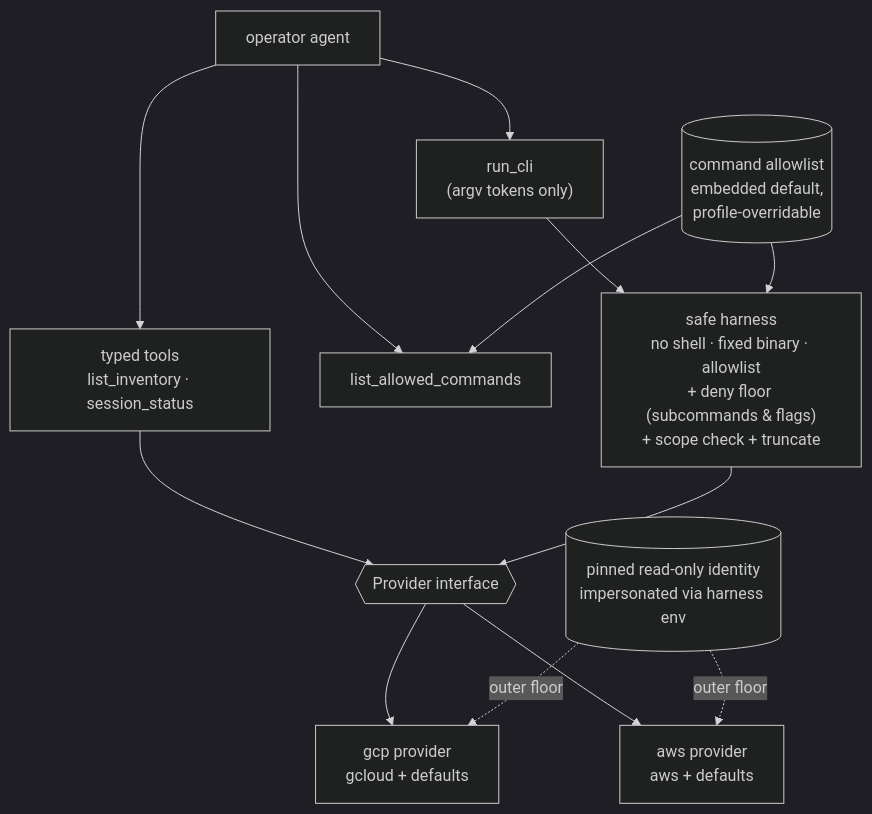
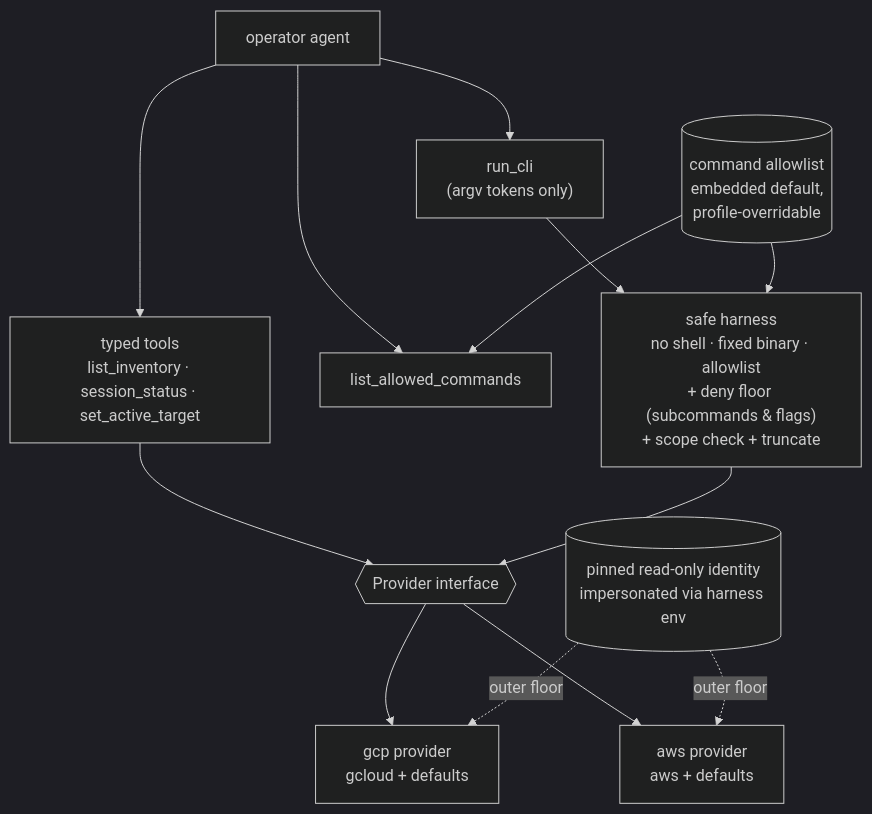
Before and after one commit to sourcehawk/triagent: the diagram in docs/superpowers/specs/2026-05-30-cloud-context-mcp-design.md, drawn with Mermaid (dark theme). The commit also changed other lines of this file, not shown here.

First line of the commit message:
docs(spec): document the set_active_target tool the cloud MCP ships

````diff
--- a/docs/superpowers/specs/2026-05-30-cloud-context-mcp-design.md
+++ b/docs/superpowers/specs/2026-05-30-cloud-context-mcp-design.md
@@ -40,15 +41,15 @@
 ```mermaid
 flowchart TD
-    operator[operator agent] --> typed["typed tools<br/>list_inventory · session_status"]
+    operator[operator agent] --> typed["typed tools<br/>list_inventory · session_status · set_active_target"]
     operator --> disc["list_allowed_commands"]
     operator --> cli["run_cli<br/>(argv tokens only)"]
     typed --> iface{{Provider interface}}
     cli --> harness["safe harness<br/>no shell · fixed binary · allowlist<br/>+ deny floor (subcommands & flags)<br/>+ scope check + truncate"]
     cfg[("command allowlist<br/>embedded default,<br/>profile-overridable")] --> harness
     cfg --> disc
     harness --> iface
     iface --> gcp["gcp provider<br/>gcloud + defaults"]
     iface --> aws["aws provider<br/>aws + defaults"]
     id[("pinned read-only identity<br/>impersonated via harness env")] -.outer floor.-> gcp
     id -.outer floor.-> aws
 ```
````
